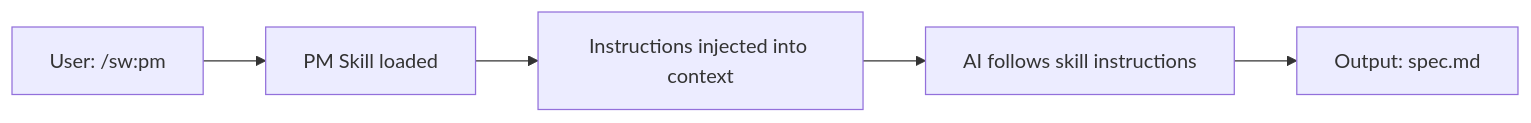
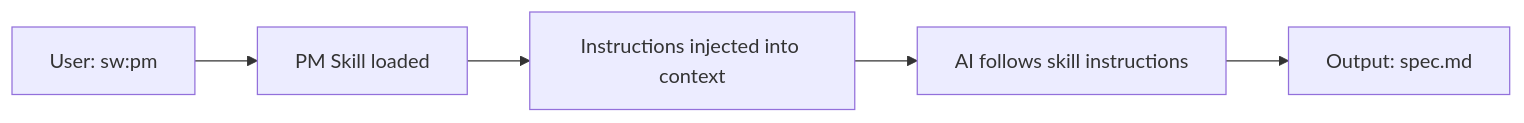
One commit to anton-abyzov/specweave changed the first of 2 diagrams in docs-site/docs/glossary/terms/skills-vs-agents.md. Above: the diagram before and after it, drawn with Mermaid. The commit also changed other lines of this file and 328 other files, not shown here.

````diff
--- a/docs-site/docs/glossary/terms/skills-vs-agents.md
+++ b/docs-site/docs/glossary/terms/skills-vs-agents.md
@@ -33,7 +33,7 @@
 ```mermaid
 graph LR
-    A["User: /sw:pm"] --> B[PM Skill loaded]
+    A["User: sw:pm"] --> B[PM Skill loaded]
     B --> C[Instructions injected into context]
     C --> D[AI follows skill instructions]
     D --> E["Output: spec.md"]
 ```
````
